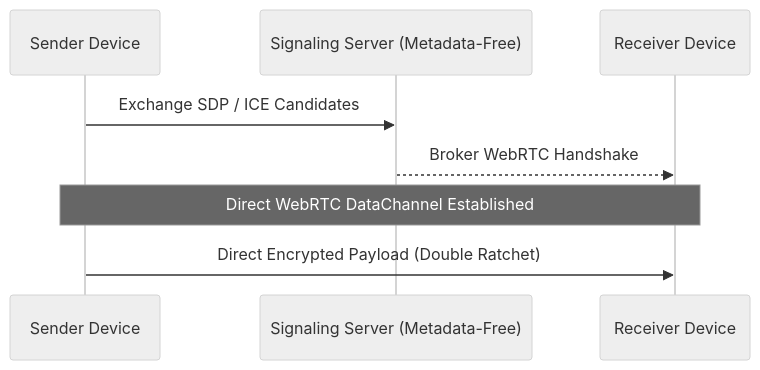
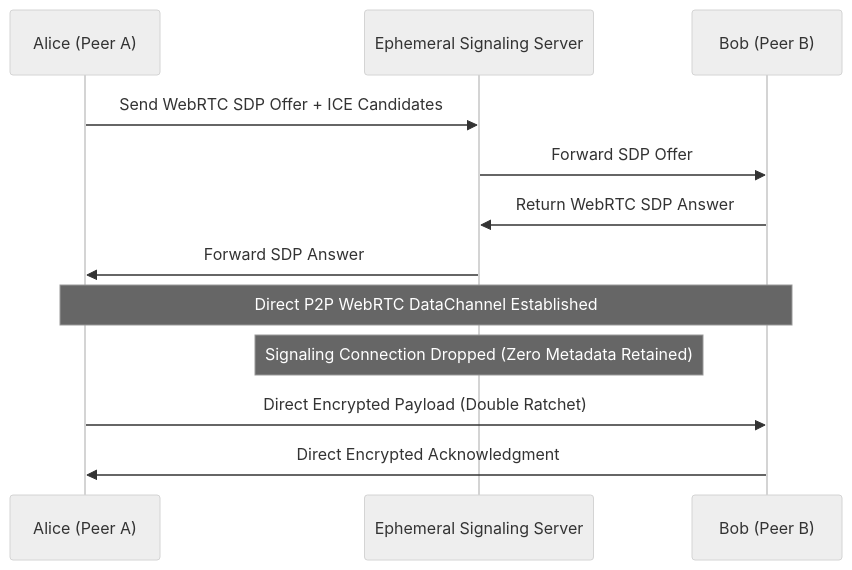
The diagram in docs/project-case-studies/cryptography-and-zero-knowledge/calypso-ghost-messenger.md (MasterZ1311/Dev-AURA), drawn with Mermaid (neutral theme) before and after one commit. The commit also changed other lines of this file and 21 other files, not shown here.

````diff
--- a/docs/project-case-studies/cryptography-and-zero-knowledge/calypso-ghost-messenger.md
+++ b/docs/project-case-studies/cryptography-and-zero-knowledge/calypso-ghost-messenger.md
@@ -12,11 +32,15 @@
 ```mermaid
 sequenceDiagram
-    participant PeerA as Sender Device
-    participant SignalServer as Signaling Server (Metadata-Free)
-    participant PeerB as Receiver Device
+    participant Alice as Alice (Peer A)
+    participant Signaling as Ephemeral Signaling Server
+    participant Bob as Bob (Peer B)
 
-    PeerA->>SignalServer: Exchange SDP / ICE Candidates
-    SignalServer-->>PeerB: Broker WebRTC Handshake
-    Note over PeerA,PeerB: Direct WebRTC DataChannel Established
-    PeerA->>PeerB: Direct Encrypted Payload (Double Ratchet)
+    Alice->>Signaling: Send WebRTC SDP Offer + ICE Candidates
+    Signaling->>Bob: Forward SDP Offer
+    Bob->>Signaling: Return WebRTC SDP Answer
+    Signaling->>Alice: Forward SDP Answer
+    Note over Alice,Bob: Direct P2P WebRTC DataChannel Established
+    Note over Signaling: Signaling Connection Dropped (Zero Metadata Retained)
+    Alice->>Bob: Direct Encrypted Payload (Double Ratchet)
+    Bob->>Alice: Direct Encrypted Acknowledgment
 ```
````
